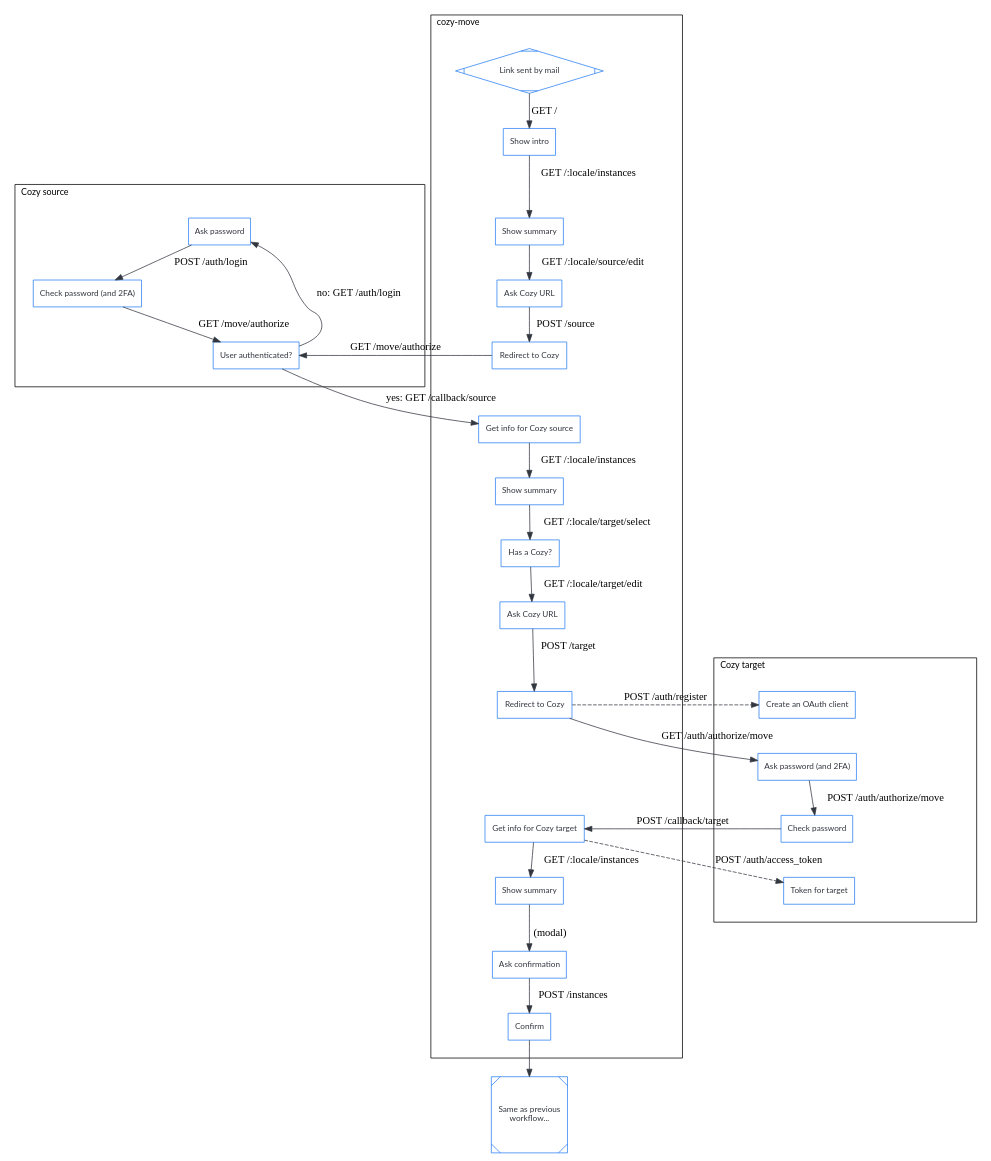
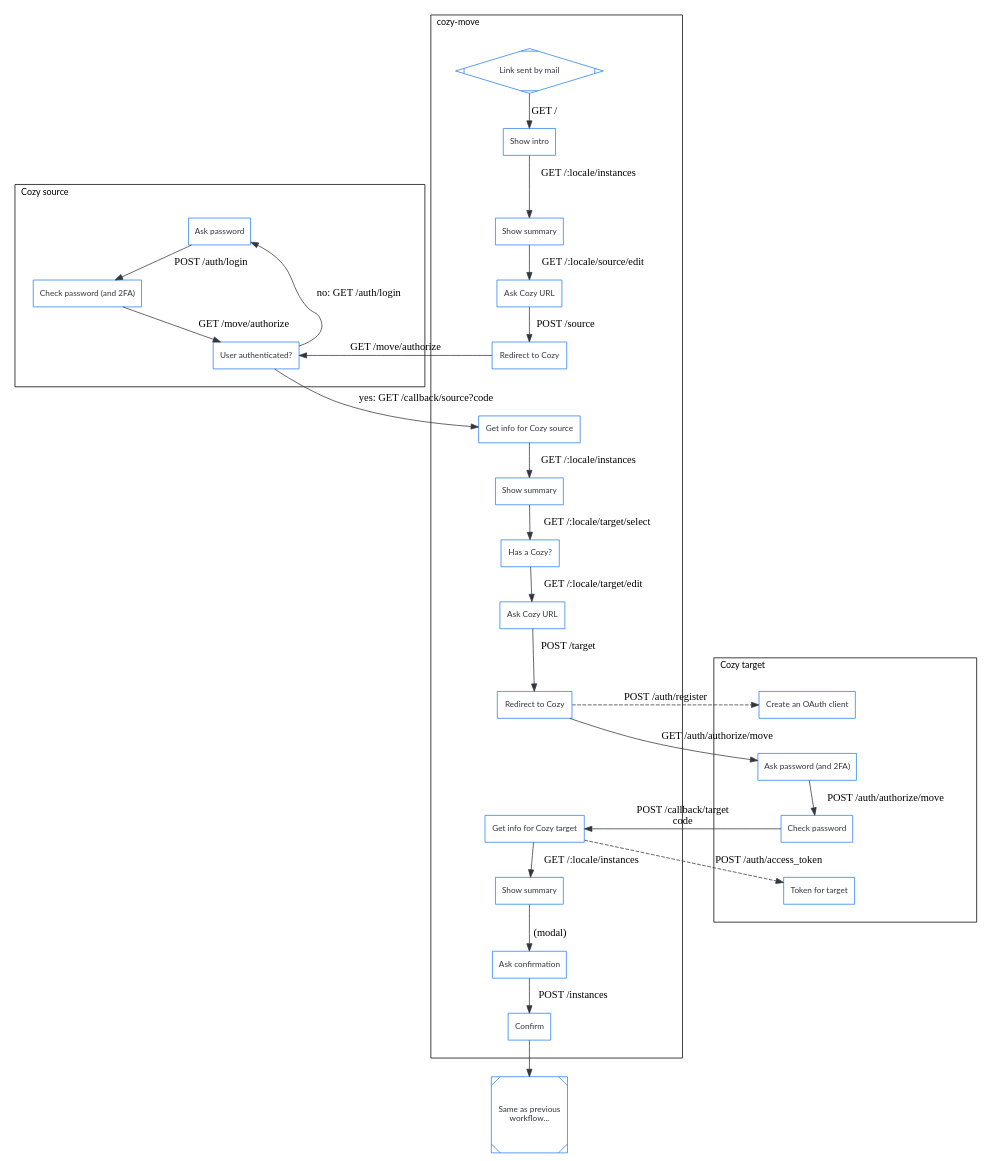
One commit to cozy/cozy-move changed the diagram in docs/from-cozy-move.gv. Above: the diagram before and after it, drawn with Graphviz. The commit also changed 6 other files, not shown here.

```diff
--- a/docs/from-cozy-move.gv
+++ b/docs/from-cozy-move.gv
@@ -1,77 +1,77 @@
 digraph bitwarden {
 	graph [splines=true];
 	node [shape="box", fontname="lato", fontsize=11, margin=0.12, color="#297EF2", fontcolor="#32363F"];
 	edge [color="#32363F"];
 	ranksep=0.45; nodesep=1.5;
 
 	// Hidden, to order the clusters
 	s_export_2 -> m_edit_1 [style="invis"]
 
 	subgraph cluster_source {
 		label="Cozy source"; labeljust="l"; fontname="lato"; fontsize=12; margin=24; rankdir=TB;
 		s_export [label="User authenticated?"]
 		s_export_2 [label="Ask password"]
 		s_export_3 [label="Check password (and 2FA)"]
 	}
 
 	subgraph cluster_move {
 		label="cozy-move"; labeljust="l"; fontname="lato"; fontsize=12; margin=24;
 		m_init [label="Link sent by mail"; shape="Mdiamond"]
 		m_index_1 [label="Show summary"]
 		m_edit_1 [label="Ask Cozy URL"]
 		m_post_1 [label="Redirect to Cozy"]
 		m_source [label="Get info for Cozy source"]
 		m_intro [label="Show intro"]
 		m_index_2 [label="Show summary"]
 		m_select [label="Has a Cozy?"]
 		m_edit_2 [label="Ask Cozy URL"]
 		m_post_2 [label="Redirect to Cozy"]
 		m_target [label="Get info for Cozy target"]
 		m_index_3 [label="Show summary"]
 		m_warning [label="Ask confirmation"]
 		m_confirm [label="Confirm"]
 		m_fake [style="invis"]
 	}
 
 	subgraph cluster_target {
 		label="Cozy target"; labeljust="l"; fontname="lato"; fontsize=12; margin=24;
 		t_register [label="Create an OAuth client"]
 		t_export [label="Ask password (and 2FA)"]
 		t_export_2 [label="Check password"]
 		t_token [label="Token for target"]
 	}
 
 	same [label="Same as previous\nworkflow..."; shape="Msquare"]
 
 	// User
 	m_init -> m_intro [label="GET /"]
 	m_intro -> m_index_1 [label="GET /:locale/instances"]
 	m_index_1 -> m_edit_1 [label="GET /:locale/source/edit"]
 	m_edit_1 -> m_post_1 [label="POST /source"]
 	m_post_1 -> s_export [label="GET /move/authorize"]
 	s_export -> s_export_2 [label="no: GET /auth/login"; constraint=false]
 	s_export_2 -> s_export_3 [label="POST /auth/login"]
 	s_export_3 -> s_export [label="GET /move/authorize"]
-	s_export -> m_source [label="yes: GET /callback/source"]
+	s_export -> m_source [label="yes: GET /callback/source?code"]
 	m_source -> m_index_2 [label="GET /:locale/instances"]
 	m_index_2 -> m_select [label="GET /:locale/target/select"]
 	m_select -> m_edit_2 [label="GET /:locale/target/edit"]
 	m_edit_2 -> m_post_2 [label="POST /target"]
 	m_post_2 -> t_export [label="GET /auth/authorize/move"]
 	t_export -> t_export_2 [label="POST /auth/authorize/move"]
-	t_export_2 -> m_target [label="POST /callback/target"]
+	t_export_2 -> m_target [label="POST /callback/target\ncode"]
 	m_target -> m_index_3 [label="GET /:locale/instances"]
 	m_index_3 -> m_warning [label="(modal)"]
 	m_warning -> m_confirm [label="POST /instances"]
 	m_confirm -> same
 
 	// Server to server
 	m_post_2 -> t_register [label="POST /auth/register"; style="dashed"]
 	m_target -> t_token [label="POST /auth/access_token"; style="dashed"]
 
 	// Hidden, just to preserve order between nodes inside clusters
 	m_post_1 -> m_source [style="invis"]
 	m_post_2 -> m_fake -> m_target [style="invis"]
 	t_register -> t_export [style="invis"]
 	t_export_2 -> t_token [style="invis"]
 }
```
